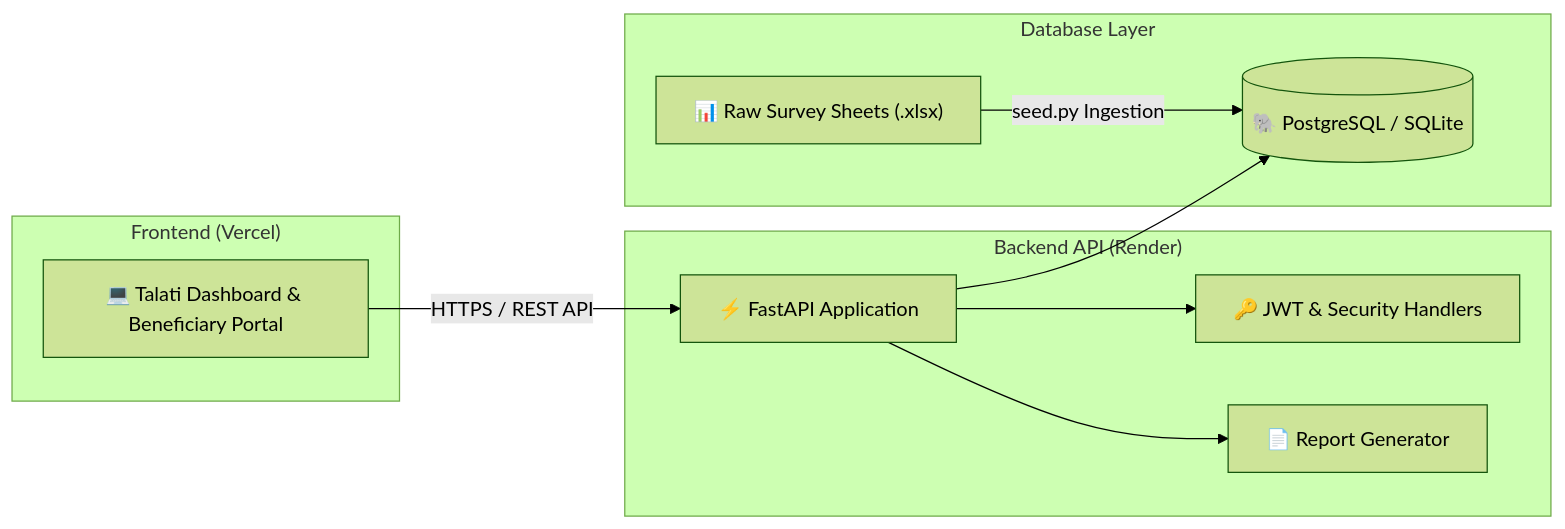
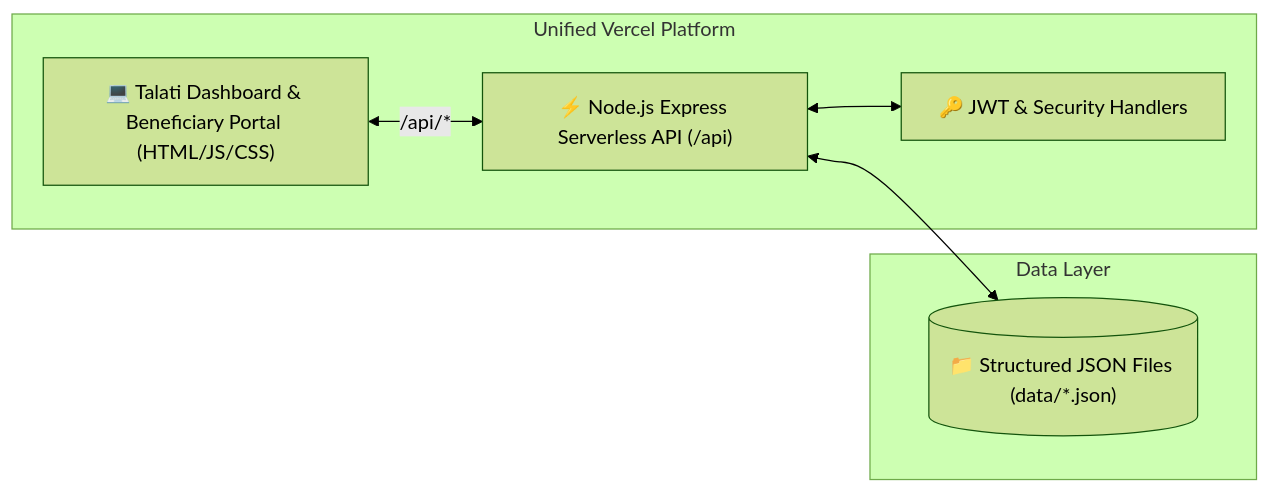
One commit to ra901625072-boop/pali changed the diagram in README.md. Above: the diagram before and after it, drawn with Mermaid (forest theme). The commit also changed other lines of this file and 28 other files, not shown here.

Commit message:
Migrate backend to Node.js on Vercel with JSON storage, fix export downloads, and add real-time multi-device sync

````diff
--- a/README.md
+++ b/README.md
@@ -44,23 +43,16 @@
 ```mermaid
 flowchart LR
-    subgraph Client["Frontend (Vercel)"]
-        UI["💻 Talati Dashboard & Beneficiary Portal"]
+    subgraph Vercel["Unified Vercel Platform"]
+        UI["💻 Talati Dashboard & Beneficiary Portal (HTML/JS/CSS)"]
+        API["⚡ Node.js Express Serverless API (/api)"]
+        Auth["🔑 JWT & Security Handlers"]
     end
 
-    subgraph Server["Backend API (Render)"]
-        API["⚡ FastAPI Application"]
-        Auth["🔑 JWT & Security Handlers"]
-        Reports["📄 Report Generator"]
+    subgraph DataStore["Data Layer"]
+        JSONStore[("📁 Structured JSON Files (data/*.json)")]
     end
 
-    subgraph DataStore["Database Layer"]
-        DB[("🐘 PostgreSQL / SQLite")]
-        RawData["📊 Raw Survey Sheets (.xlsx)"]
-    end
-
-    UI -->|HTTPS / REST API| API
-    API --> Auth
-    API --> DB
-    RawData -->|seed.py Ingestion| DB
-    API --> Reports
+    UI <-->|/api/*| API
+    API <--> Auth
+    API <--> JSONStore
 ```
````
